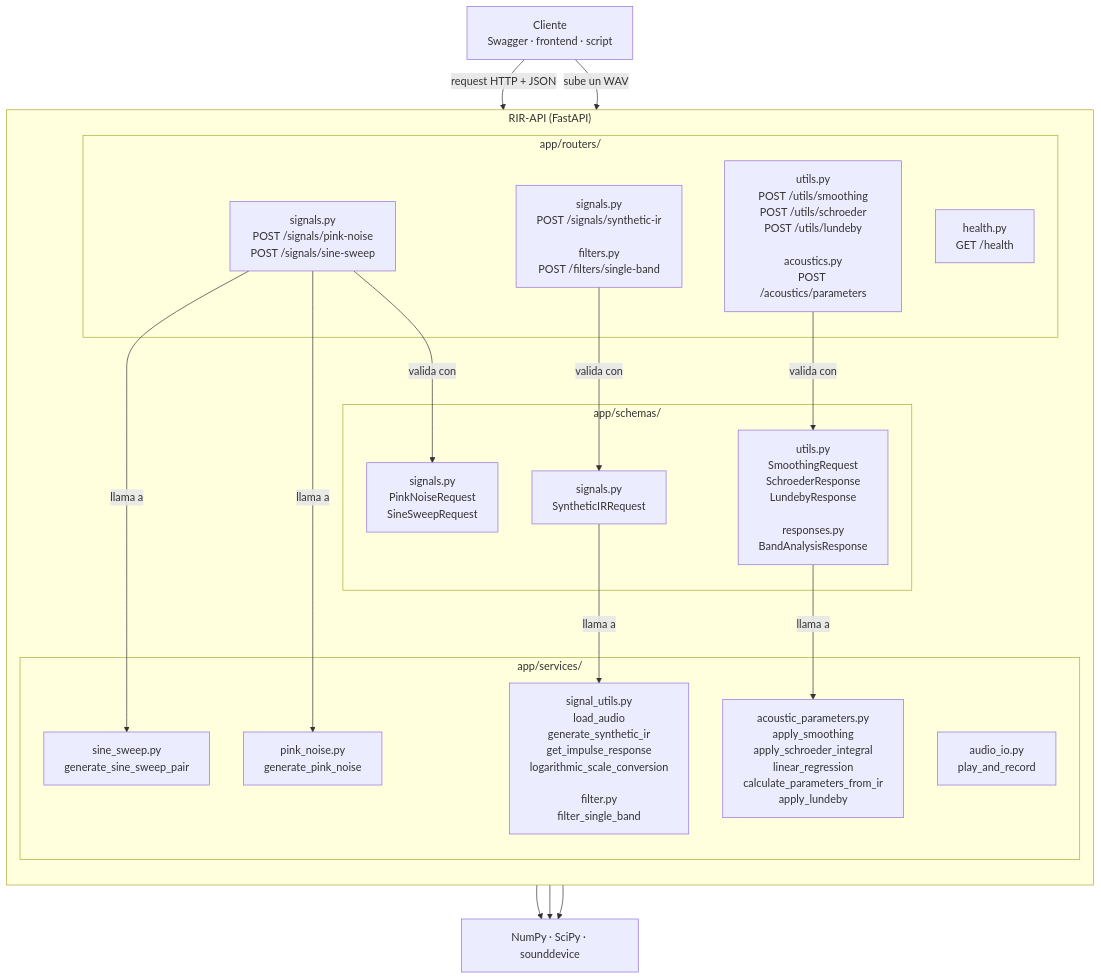
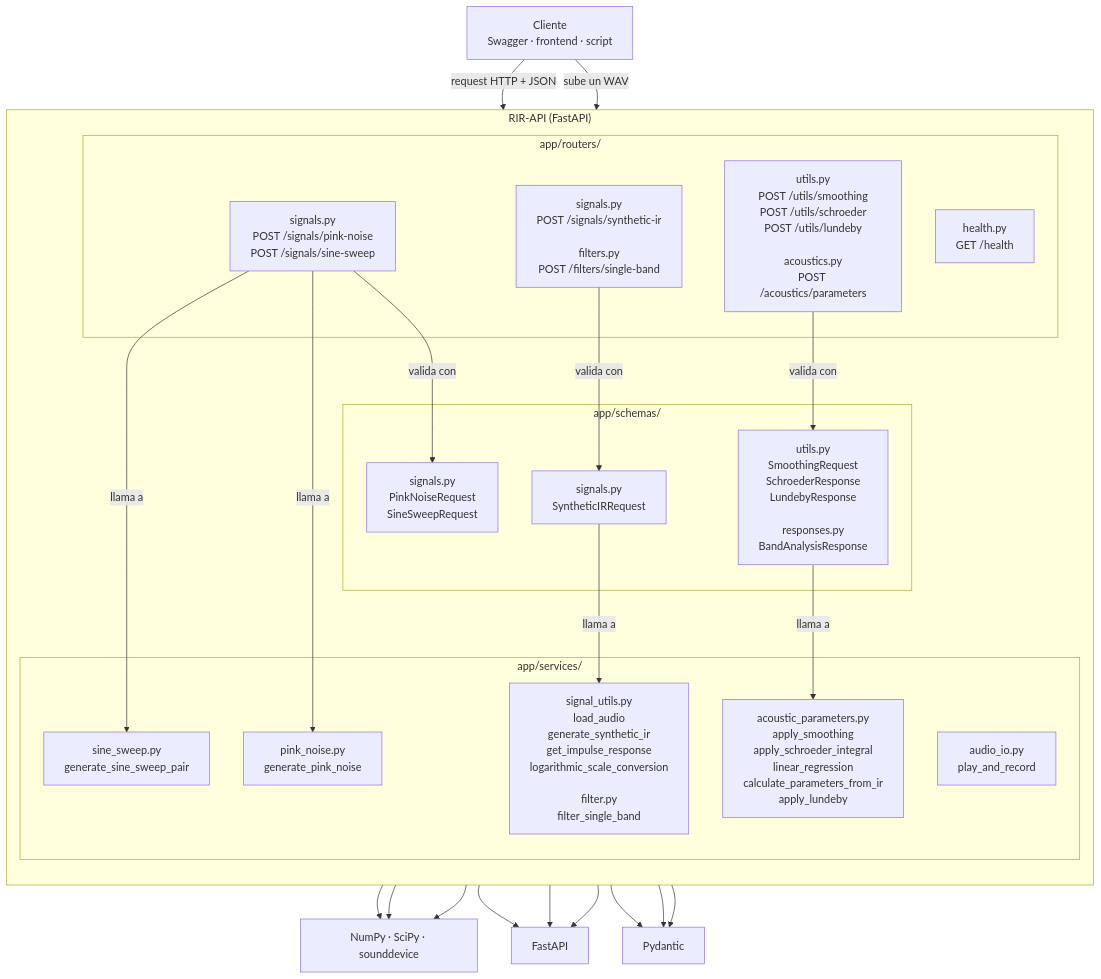
One commit to valentinadepiero/rir-api changed the diagram in README.md. Above: the diagram before and after it, drawn with Mermaid.

````diff
--- a/README.md
+++ b/README.md
@@ -50,38 +50,46 @@
 ```mermaid
 flowchart TB
     C["Cliente<br/>Swagger · frontend · script"]
     subgraph API["RIR-API (FastAPI)"]
         direction TB
         subgraph R["app/routers/"]
             RH["health.py<br/>GET /health"]
             RS["signals.py<br/>POST /signals/pink-noise<br/>POST /signals/sine-sweep"]
             RM2["signals.py<br/>POST /signals/synthetic-ir<br/><br/>filters.py<br/>POST /filters/single-band"]
             RM3["utils.py<br/>POST /utils/smoothing<br/>POST /utils/schroeder<br/>POST /utils/lundeby<br/><br/>acoustics.py<br/>POST /acoustics/parameters"]
         end
         subgraph SC["app/schemas/"]
             SS["signals.py<br/>PinkNoiseRequest<br/>SineSweepRequest"]
             SM2["signals.py<br/>SyntheticIRRequest"]
             SM3["utils.py<br/>SmoothingRequest<br/>SchroederResponse<br/>LundebyResponse<br/><br/>responses.py<br/>BandAnalysisResponse"]
         end
         subgraph SV["app/services/"]
             PN["pink_noise.py<br/>generate_pink_noise"]
             SW["sine_sweep.py<br/>generate_sine_sweep_pair"]
             IO["audio_io.py<br/>play_and_record"]
             VM2["signal_utils.py<br/>load_audio<br/>generate_synthetic_ir<br/>get_impulse_response<br/>logarithmic_scale_conversion<br/><br/>filter.py<br/>filter_single_band"]
             VM3["acoustic_parameters.py<br/>apply_smoothing<br/>apply_schroeder_integral<br/>linear_regression<br/>calculate_parameters_from_ir<br/>apply_lundeby"]
         end
     end
     L["NumPy · SciPy · sounddevice"]
+    L2["FastAPI "]
+    L3["Pydantic"]
     C -->|"request HTTP + JSON"| RS
     C -->|"sube un WAV"| RM3
     RS -->|"valida con"| SS
     RM2 -->|"valida con"| SM2
     RM3 -->|"valida con"| SM3
     RS -->|"llama a"| PN
     SM2 -->|"llama a"| VM2
     SM3 -->|"llama a"| VM3
     RS -->|"llama a"| SW
     PN --> L
     SW --> L
     IO --> L
+    RS --> L2
+    RM2 --> L2
+    RM3 --> L2
+    SS --> L3
+    SM2 --> L3
+    SM3 --> L3
 ```
````
